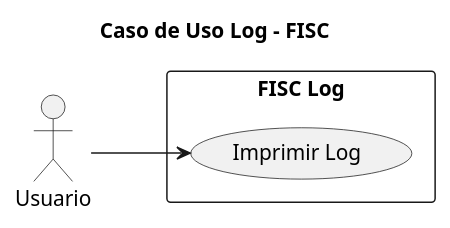
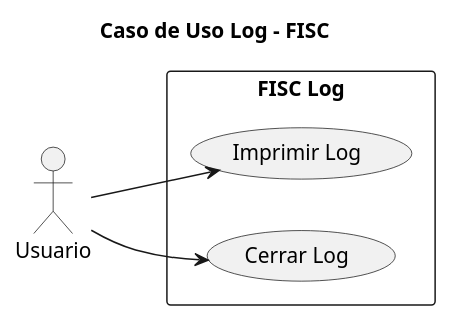
One commit to mmasias/23-24-IdSw1-SDR changed the diagram in casosDeUso/casoUsoLog.puml. Above: the diagram before and after it, drawn with PlantUML. The commit also changed 2 other files, not shown here.

Commit message:
actualizacion Log

```diff
--- a/casosDeUso/casoUsoLog.puml
+++ b/casosDeUso/casoUsoLog.puml
@@ -1,15 +1,17 @@
 @startuml
 
 title Caso de Uso Log - FISC
 
 left to right direction
 
 actor Usuario as user
 
 rectangle "FISC Log" {
     usecase "Imprimir Log" as imprimirLog
+    usecase "Cerrar Log" as cerrarLog
 }
 
 user --> imprimirLog : ""
+user --> cerrarLog : ""
 
 @enduml
```
